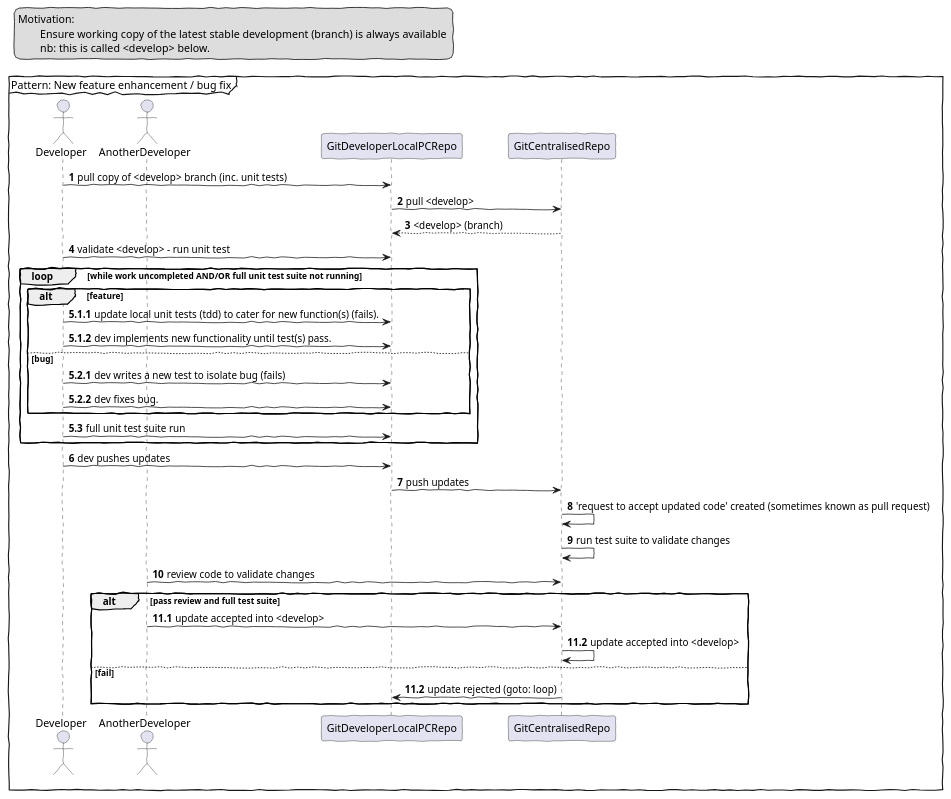
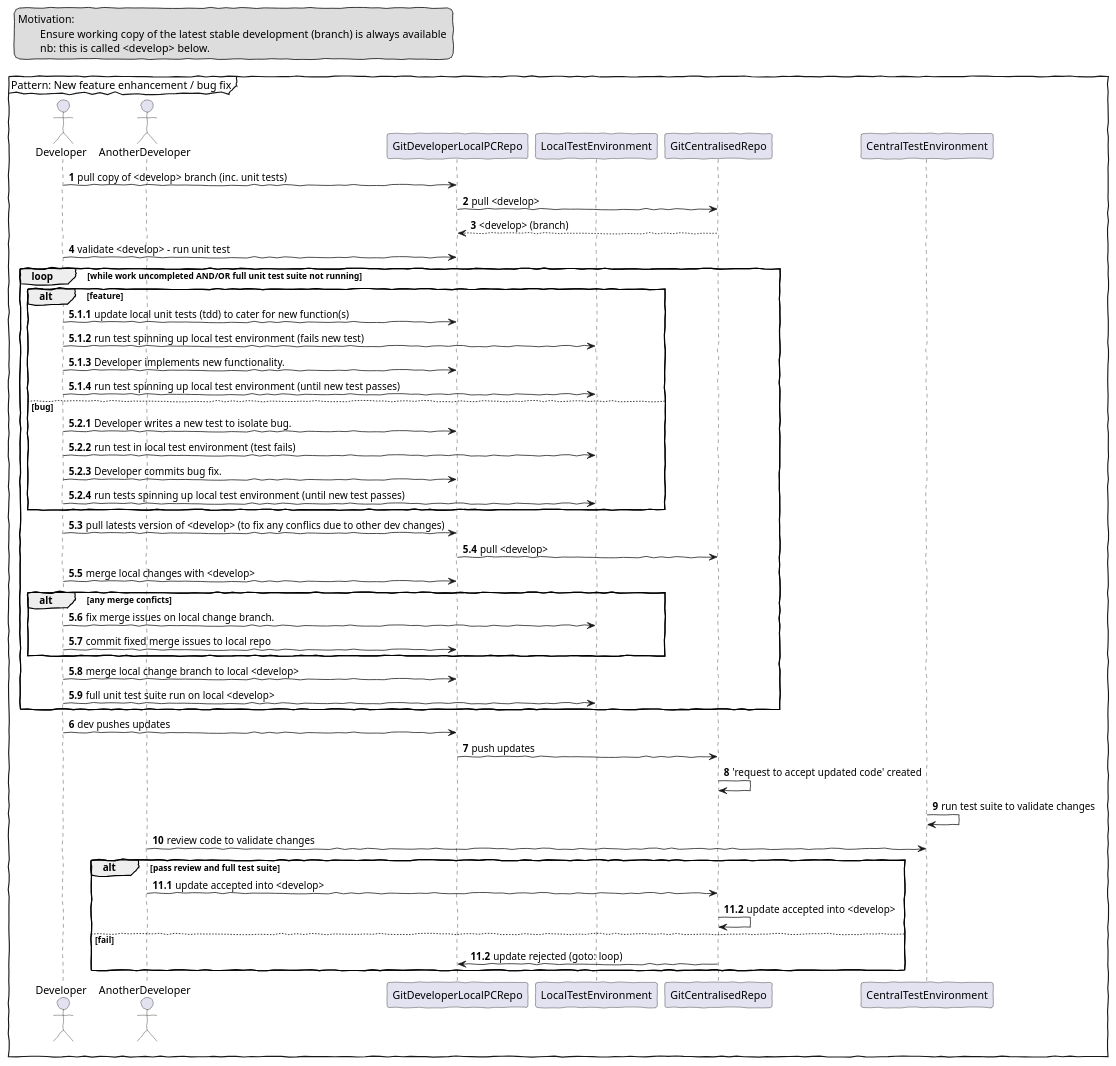
One commit to markcollinscope/epyx-process changed the third of 4 diagrams in ideal-process.puml. Above: the diagram before and after it, drawn with PlantUML. The commit also changed other lines of this file and 1 other file, not shown here.

Commit message:
<master>: ongoing updates based around showing local env in action

```diff
--- a/ideal-process.puml
+++ b/ideal-process.puml
@@ -74,61 +74,77 @@
 @startuml seq-dev-core
 
 skinparam handwritten true
 skinparam responseMessageBelowArrow true
 
 mainframe Pattern: New feature enhancement / bug fix
 
 legend top left
 Motivation: 
 	Ensure working copy of the latest stable development (branch) is always available 
 	nb: this is called <develop> below.
 end legend
 
 actor Developer as dev
 actor AnotherDeveloper as andev
 participant GitDeveloperLocalPCRepo as gl
+participant LocalTestEnvironment as lte
 participant GitCentralisedRepo as gc
+participant CentralTestEnvironment as cte
 
 autonumber 0
 autonumber inc A
 dev -> gl: pull copy of <develop> branch (inc. unit tests)
 gl -> gc: pull <develop>
 gc --> gl: <develop> (branch)
 dev -> gl: validate <develop> - run unit test
 
 loop while work uncompleted AND/OR full unit test suite not running
 	alt feature
 		autonumber 5.1.0
 		autonumber inc C
 
-		dev -> gl: update local unit tests (tdd) to cater for new function(s) (fails).
-		dev -> gl: dev implements new functionality until test(s) pass.
-	
+		dev -> gl: update local unit tests (tdd) to cater for new function(s)
+		dev -> lte: run test spinning up local test environment (fails new test)
+		dev -> gl: Developer implements new functionality.
+		dev -> lte: run test spinning up local test environment (until new test passes)
+
 	else bug
 		autonumber inc B
 
-		dev -> gl: dev writes a new test to isolate bug (fails)
-		dev -> gl: dev fixes bug.
+		dev -> gl: Developer writes a new test to isolate bug.
+		dev -> lte: run test in local test environment (test fails)
+		dev -> gl: Developer commits bug fix.
+		dev -> lte: run tests spinning up local test environment (until new test passes)
 	end
 	autonumber 5.3
-	dev -> gl: full unit test suite run
+
+	dev -> gl: pull latests version of <develop> (to fix any conflics due to other dev changes)
+	gl -> gc: pull <develop>
+	dev -> gl: merge local changes with <develop>
+	alt any merge conficts
+		dev -> lte: fix merge issues on local change branch.
+		dev -> gl: commit fixed merge issues to local repo
+	end
+
+	dev -> gl: merge local change branch to local <develop>
+	dev -> lte: full unit test suite run on local <develop>
 end
 
 autonumber 6
 dev -> gl: dev pushes updates
 gl  -> gc: push updates
-gc  -> gc: 'request to accept updated code' created (sometimes known as pull request)
+gc  -> gc: 'request to accept updated code' created
 
-gc -> gc: run test suite to validate changes
-andev -> gc: review code to validate changes
+cte -> cte: run test suite to validate changes
+andev -> cte: review code to validate changes
 
 alt pass review and full test suite
 	autonumber 11.1
 	andev -> gc: update accepted into <develop>
 	gc -> gc: update accepted into <develop>
 else fail
 	autonumber 11.2
 	gc -> gl: update rejected (goto: loop)
 end
 
 @enduml
```
